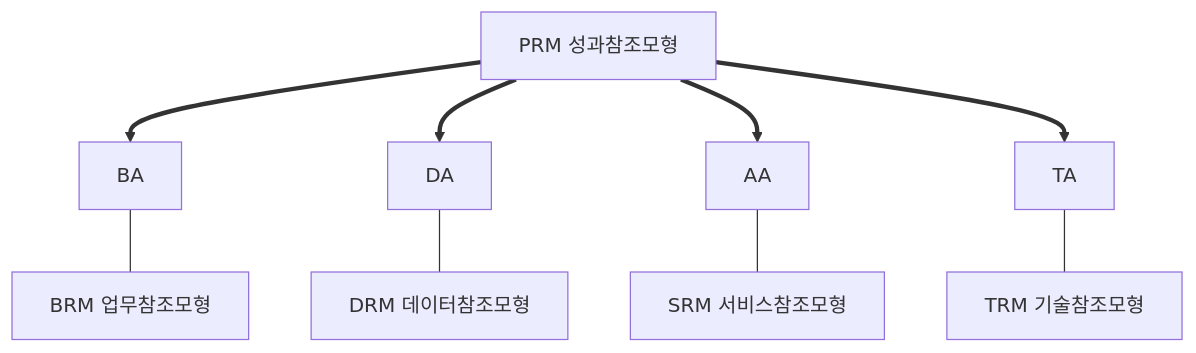
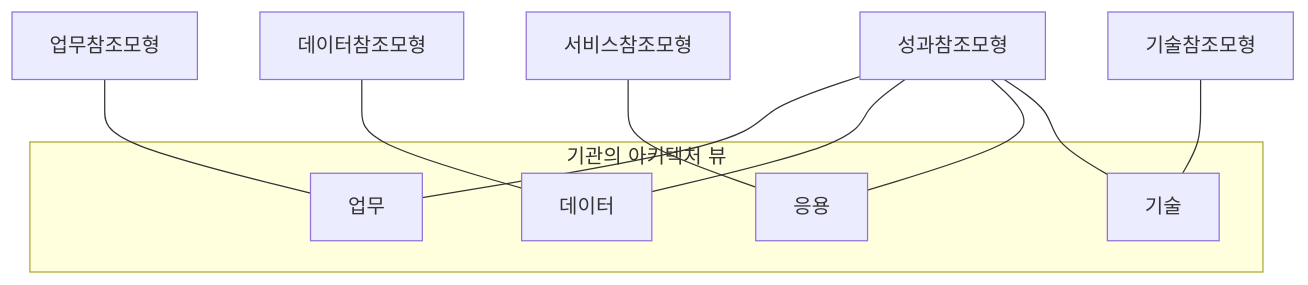
One commit to agnusdei1207/study changed the first of 3 diagrams in src/content/docs/notes/itpe/01-it-strategy/107_ea_ita.md. Above: the diagram before and after it, drawn with Mermaid. The commit also changed other lines of this file and 4 other files, not shown here.

````diff
--- a/src/content/docs/notes/itpe/01-it-strategy/107_ea_ita.md
+++ b/src/content/docs/notes/itpe/01-it-strategy/107_ea_ita.md
@@ -55,10 +54,17 @@
 ```mermaid
 flowchart TD
-    PRM["PRM 성과참조모형"]
-    BA["BA"] --- BRM["BRM 업무참조모형"]
-    DA["DA"] --- DRM["DRM 데이터참조모형"]
-    AA["AA"] --- SRM["SRM 서비스참조모형"]
-    TA["TA"] --- TRM["TRM 기술참조모형"]
-
-    PRM ==> BA & DA & AA & TA
+    subgraph VIEWS["기관의 아키텍처 뷰"]
+      BA["업무"]
+      DA["데이터"]
+      AA["응용"]
+      TA["기술"]
+    end
+    BRM["업무참조모형"] --- BA
+    DRM["데이터참조모형"] --- DA
+    SRM["서비스참조모형"] --- AA
+    TRM["기술참조모형"] --- TA
+    PRM["성과참조모형"] --- BA
+    PRM --- DA
+    PRM --- AA
+    PRM --- TA
 ```
````
